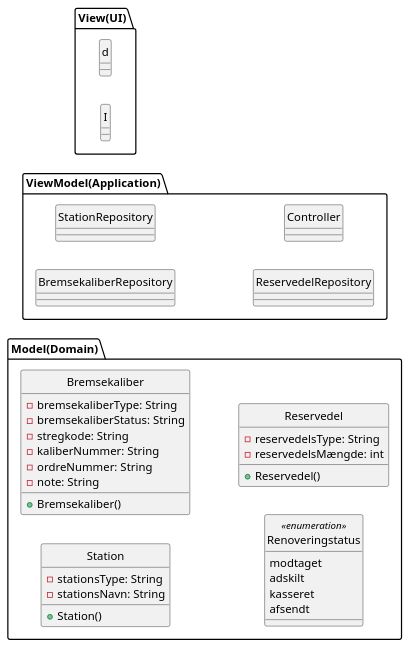
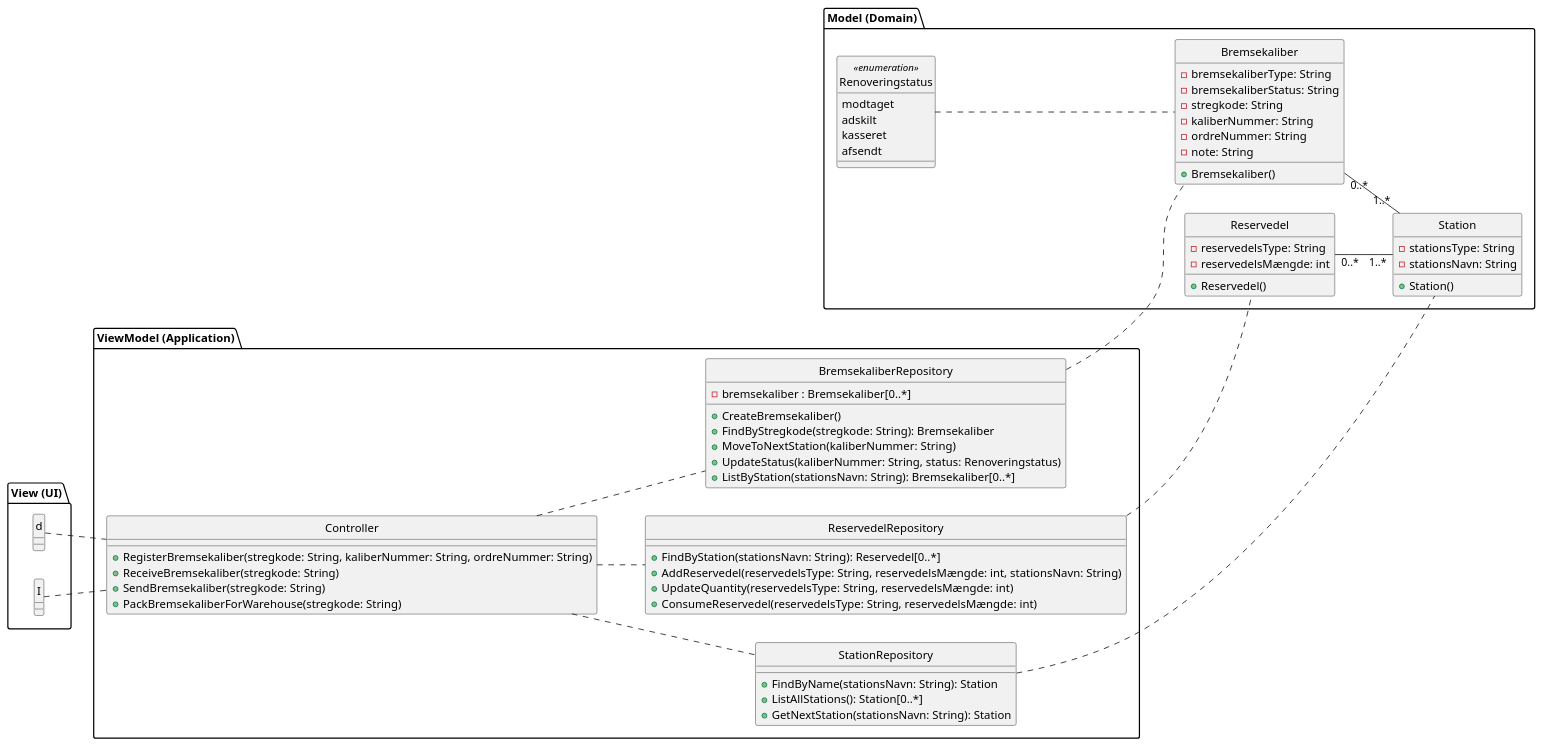
The diagram in Informationsartefakter/Designklassediagram(DCD).plantuml (senan2315/Team-5A-Budweg), drawn with PlantUML before and after one commit. The commit also changed 7 other files, not shown here.

```diff
--- a/Informationsartefakter/Designklassediagram(DCD).plantuml
+++ b/Informationsartefakter/Designklassediagram(DCD).plantuml
@@ -1,62 +1,91 @@
 @startuml - Designklassediagram (DCD) Budweg
 left to right direction 
 
 
-package "Model(Domain)" {
+package "Model (Domain)" {
     class Station {
         - stationsType: String
         - stationsNavn: String
         + Station()
     }
 
     class Bremsekaliber {
         - bremsekaliberType: String
         - bremsekaliberStatus: String
         - stregkode: String
         - kaliberNummer: String
         - ordreNummer: String 
         - note: String
         + Bremsekaliber() 
     }
 
     class Renoveringstatus <<enumeration>> {
         modtaget
         adskilt
         kasseret
         afsendt
     }
 
     class Reservedel{
        - reservedelsType: String
        - reservedelsMængde: int
        + Reservedel()
     }
 }
-package "ViewModel(Application)"{
+package "ViewModel (Application)"{
     class BremsekaliberRepository {
+        - bremsekaliber : Bremsekaliber[0..*] 
+        + CreateBremsekaliber()
+        + FindByStregkode(stregkode: String): Bremsekaliber
+        + MoveToNextStation(kaliberNummer: String)
+        + UpdateStatus(kaliberNummer: String, status: Renoveringstatus)
+        + ListByStation(stationsNavn: String): Bremsekaliber[0..*]
         
     }
     class StationRepository {
-        
+        + FindByName(stationsNavn: String): Station
+        + ListAllStations(): Station[0..*]
+        + GetNextStation(stationsNavn: String): Station
     }
     class ReservedelRepository {
+        + FindByStation(stationsNavn: String): Reservedel[0..*]
+        + AddReservedel(reservedelsType: String, reservedelsMængde: int, stationsNavn: String)
+        + UpdateQuantity(reservedelsType: String, reservedelsMængde: int)
+        + ConsumeReservedel(reservedelsType: String, reservedelsMængde: int)
         
     }
     class Controller {
-
+        + RegisterBremsekaliber(stregkode: String, kaliberNummer: String, ordreNummer: String)
+        + ReceiveBremsekaliber(stregkode: String)
+        + SendBremsekaliber(stregkode: String)
+        + PackBremsekaliberForWarehouse(stregkode: String)
         
     }
 }
-package "View(UI)" {
+package "View (UI)" {
     class d{
     }
     class I {
         
     }
 }
 
+I .. Controller
+d .. Controller
+
+Controller .. StationRepository
+Controller .. BremsekaliberRepository
+Controller .. ReservedelRepository
+
+StationRepository .. Station
+BremsekaliberRepository .. Bremsekaliber
+ReservedelRepository .. Reservedel
+
+Bremsekaliber "0..*" -- "1..*" Station
+Renoveringstatus .. Bremsekaliber
+Reservedel "0..*" -- "1..*" Station
 
 
 hide circle
 
 @enduml
```
